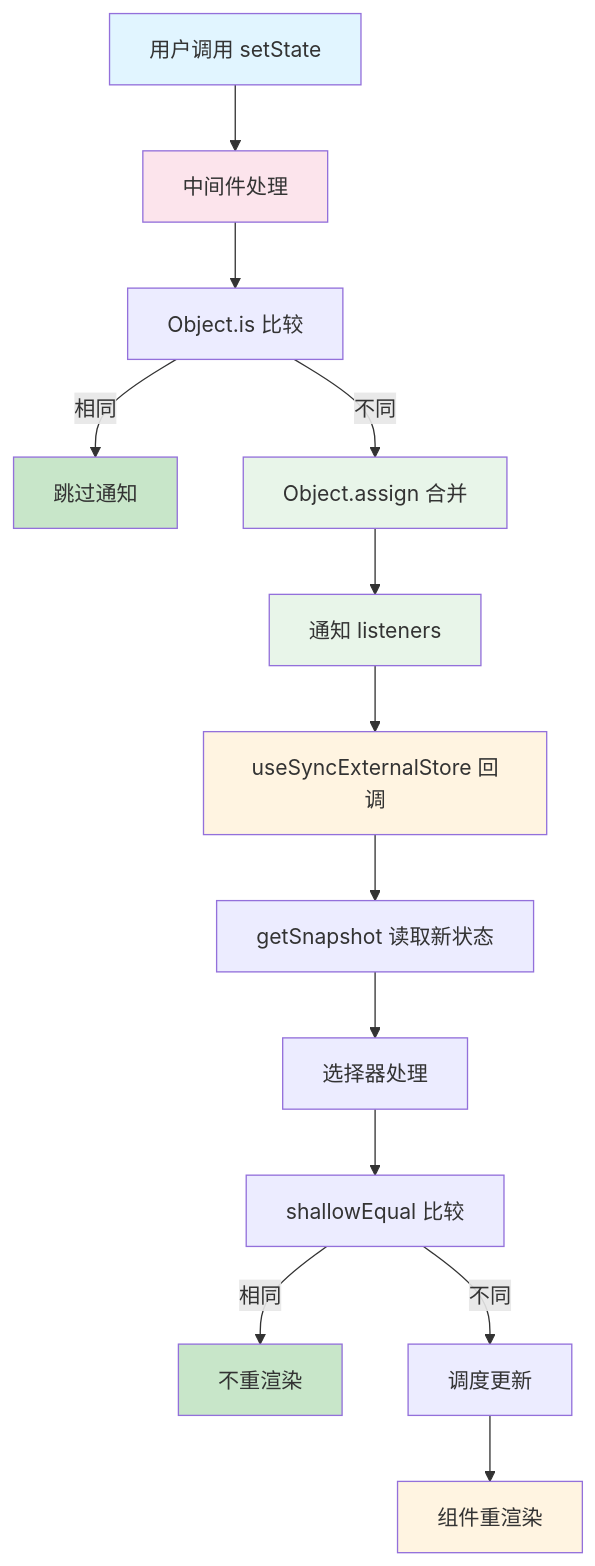
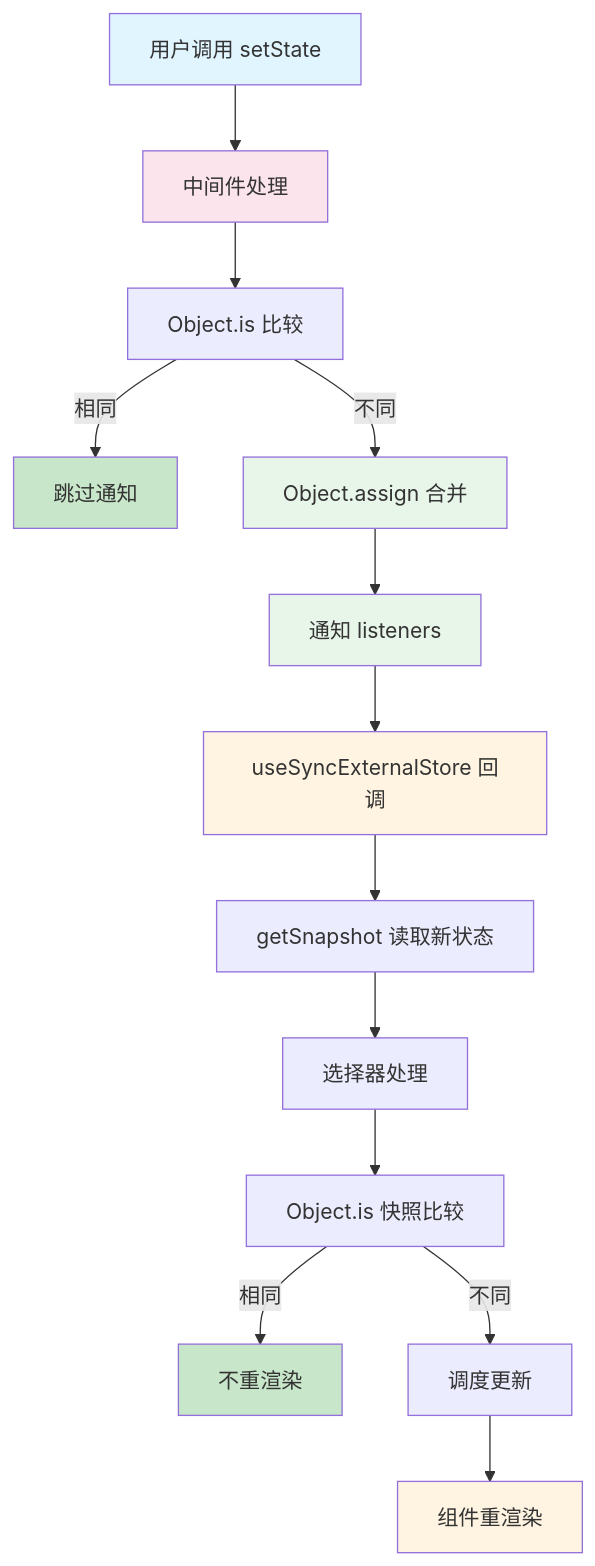
Before and after one commit to Cypher-hey/footprint: the fourth of 4 diagrams in docs/note/sourceLearn/zustandAnalysis/ch05-flow-analysis.md, drawn with Mermaid. The commit also changed other lines of this file and 44 other files, not shown here.

````diff
--- a/docs/note/sourceLearn/zustandAnalysis/ch05-flow-analysis.md
+++ b/docs/note/sourceLearn/zustandAnalysis/ch05-flow-analysis.md
@@ -572,23 +582,23 @@
 ```mermaid
 graph TB
     Start[用户调用 setState] --> MW[中间件处理]
     MW --> Compare[Object.is 比较]
     Compare -->|相同 | Skip[跳过通知]
     Compare -->|不同 | Merge[Object.assign 合并]
     Merge --> Notify[通知 listeners]
     Notify --> Hook[useSyncExternalStore 回调]
     Hook --> GetSnap[getSnapshot 读取新状态]
     GetSnap --> Selector[选择器处理]
-    Selector --> Shallow[shallowEqual 比较]
+    Selector --> Shallow[Object.is 快照比较]
     Shallow -->|相同 | NoRender[不重渲染]
     Shallow -->|不同 | Schedule[调度更新]
     Schedule --> Render[组件重渲染]
     style Start fill:#e1f5ff
     style MW fill:#fce4ec
     style Merge fill:#e8f5e9
     style Notify fill:#e8f5e9
     style Hook fill:#fff4e1
     style Render fill:#fff4e1
     style Skip fill:#c8e6c9
     style NoRender fill:#c8e6c9
 ```
````
